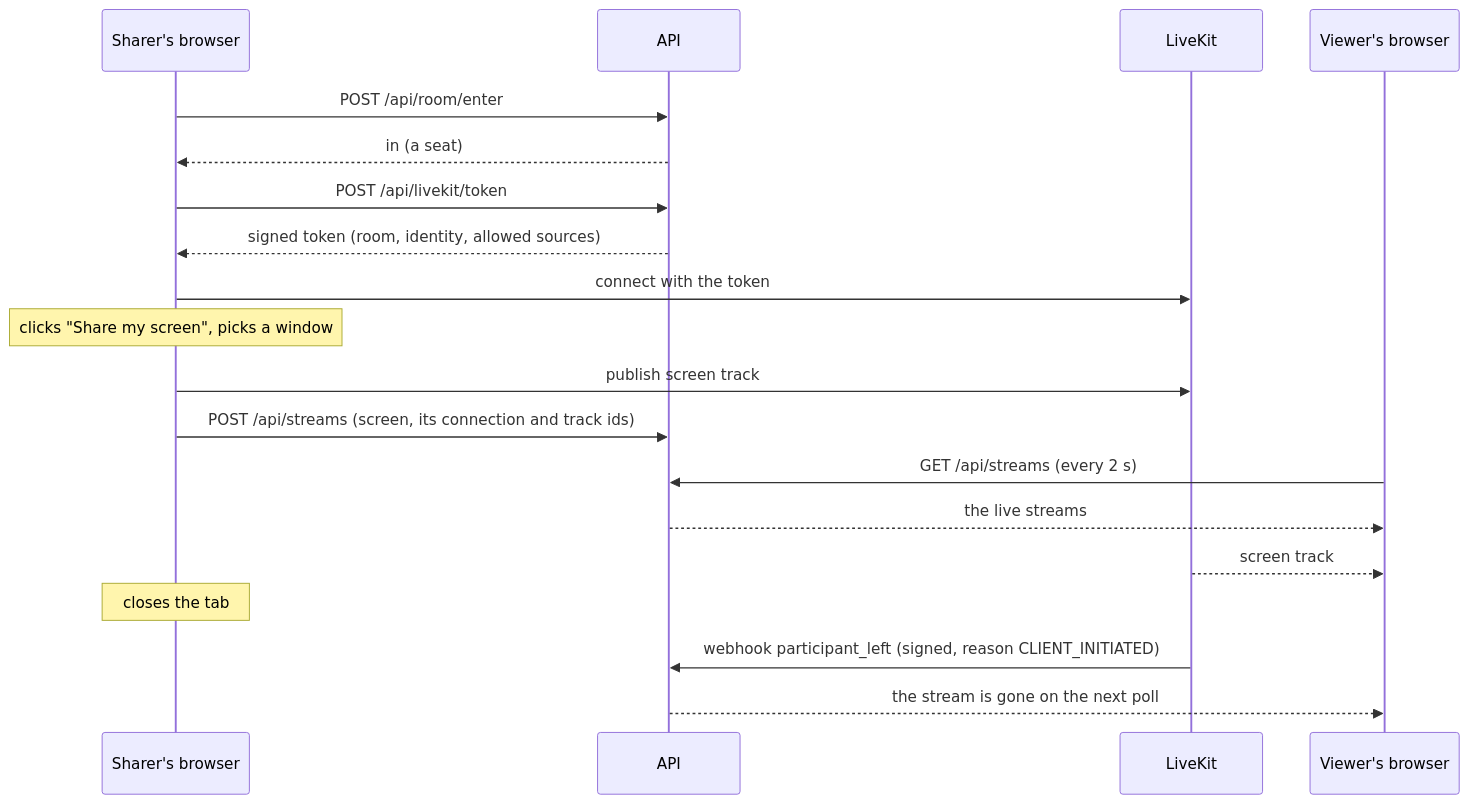
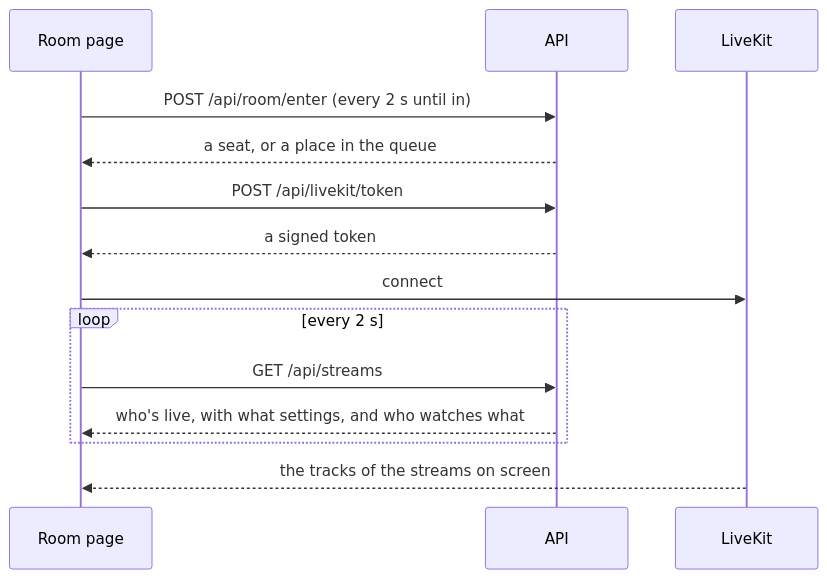
One commit to Hbrauveres/xove changed the third of 3 diagrams in docs/architecture.md. Above: the diagram before and after it, drawn with Mermaid. The commit also changed other lines of this file and 9 other files, not shown here.

````diff
--- a/docs/architecture.md
+++ b/docs/architecture.md
@@ -81,21 +79,16 @@
 ```mermaid
 sequenceDiagram
-  participant S as Sharer's browser
+  participant R as Room page
   participant A as API
   participant L as LiveKit
-  participant V as Viewer's browser
-  S->>A: POST /api/room/enter
-  A-->>S: in (a seat)
-  S->>A: POST /api/livekit/token
-  A-->>S: signed token (room, identity, allowed sources)
-  S->>L: connect with the token
-  Note over S: clicks "Share my screen", picks a window
-  S->>L: publish screen track
-  S->>A: POST /api/streams (screen, its connection and track ids)
-  V->>A: GET /api/streams (every 2 s)
-  A-->>V: the live streams
-  L-->>V: screen track
-  Note over S: closes the tab
-  L->>A: webhook participant_left (signed, reason CLIENT_INITIATED)
-  A-->>V: the stream is gone on the next poll
+  R->>A: POST /api/room/enter (every 2 s until in)
+  A-->>R: a seat, or a place in the queue
+  R->>A: POST /api/livekit/token
+  A-->>R: a signed token
+  R->>L: connect
+  loop every 2 s
+    R->>A: GET /api/streams
+    A-->>R: who's live, with what settings, and who watches what
+  end
+  L-->>R: the tracks of the streams on screen
 ```
````
